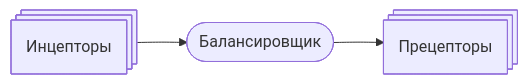
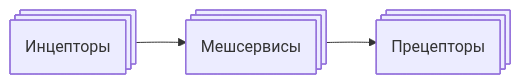
The second of 5 diagrams in ru/siama.md (johnthesmith/scraps), drawn with Mermaid before and after one commit. The commit also changed other lines of this file, not shown here.

````diff
--- a/ru/siama.md
+++ b/ru/siama.md
@@ -86,8 +94,7 @@
 ```mermaid
 flowchart LR
-    balancer([ Балансировщик ])
+    mesh([Мешсервисы])@{ shape: processes }
     inceptor([Инцепторы])@{ shape: processes }
     preceptor([Прецепторы])@{ shape: processes }
-
-    inceptor --> balancer --> preceptor
+    inceptor --> mesh --> preceptor
 ```
````
